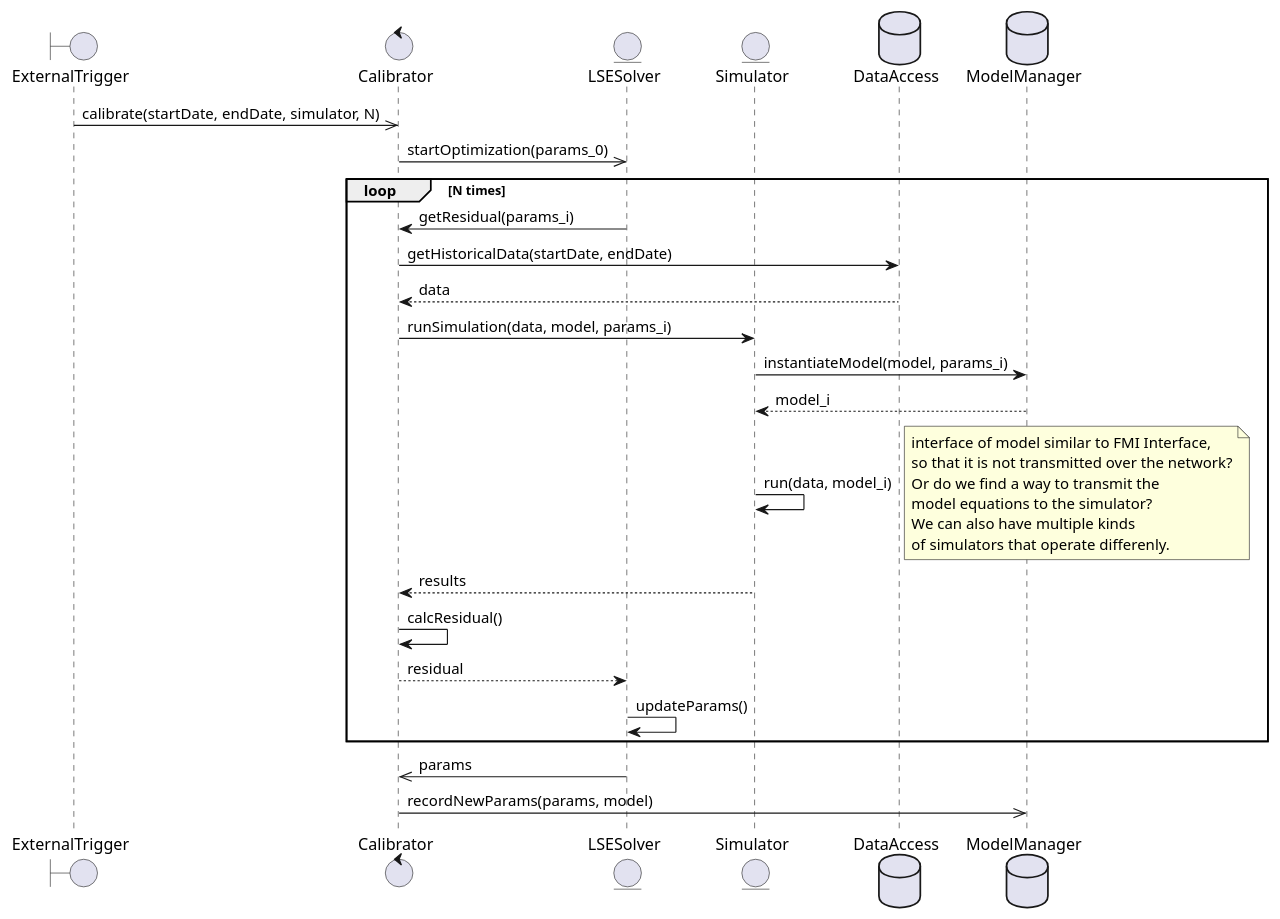
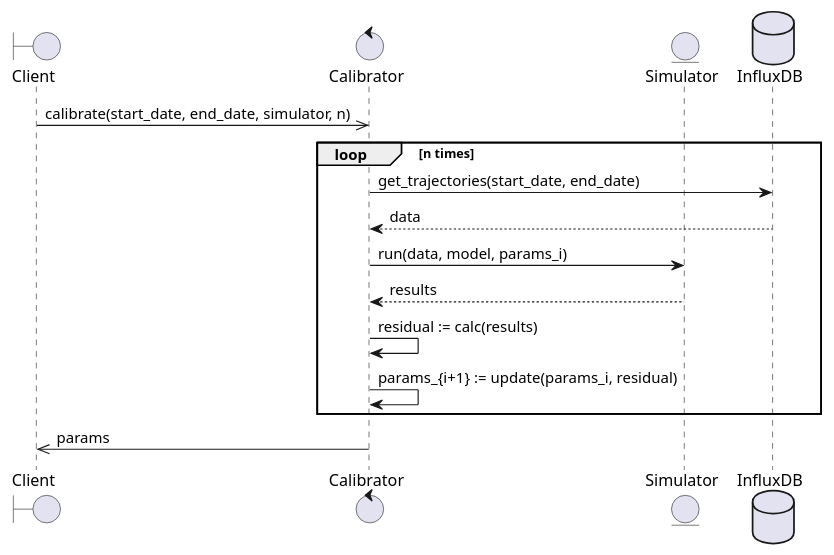
One commit to INTO-CPS-Association/example_digital-twin_incubator changed the diagram in software/docs/diagrams/calibration_sequence.puml. Above: the diagram before and after it, drawn with PlantUML. The commit also changed 3 other files, not shown here.

Commit message:
refine seuqence diagrams

```diff
--- a/software/docs/diagrams/calibration_sequence.puml
+++ b/software/docs/diagrams/calibration_sequence.puml
@@ -1,33 +1,16 @@
 @startuml Calibration
-boundary ExternalTrigger as trig
+boundary Client as client
 control Calibrator as cal
-entity LSESolver as lse
 entity Simulator as sim
-database DataAccess as db
-database ModelManager as mod
-trig ->> cal: calibrate(startDate, endDate, simulator, N)
-cal ->> lse: startOptimization(params_0)
-loop N times
-  lse -> cal: getResidual(params_i)
-  cal -> db: getHistoricalData(startDate, endDate)
+database InfluxDB as db
+client ->> cal: calibrate(start_date, end_date, simulator, n)
+loop n times
+  cal -> db: get_trajectories(start_date, end_date)
   return data
-  cal -> sim: runSimulation(data, model, params_i)
-    sim -> mod: instantiateModel(model, params_i)
-    return model_i
-    sim -> sim: run(data, model_i)
-    note right
-    interface of model similar to FMI Interface, 
-    so that it is not transmitted over the network?
-    Or do we find a way to transmit the 
-    model equations to the simulator?
-    We can also have multiple kinds 
-    of simulators that operate differenly.
-    end note
+  cal -> sim: run(data, model, params_i)
   sim --> cal: results
-  cal -> cal: calcResidual()
-  cal --> lse: residual
-  lse -> lse: updateParams()
+  cal -> cal: residual := calc(results)
+  cal -> cal: params_{i+1} := update(params_i, residual)
 end
-lse ->> cal: params
-cal ->> mod: recordNewParams(params, model)
+cal ->> client: params
 @enduml
```
